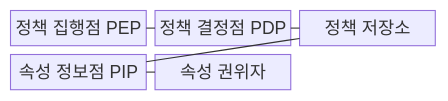
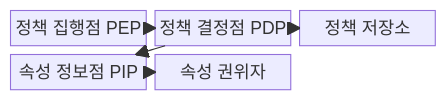
Before and after one commit to agnusdei1207/knowledge-base: the first of 2 diagrams in src/content/docs/notes/05-security/060_abac.md, drawn with Mermaid. The commit also changed other lines of this file and 20 other files, not shown here.

````diff
--- a/src/content/docs/notes/05-security/060_abac.md
+++ b/src/content/docs/notes/05-security/060_abac.md
@@ -60,13 +61,13 @@
 ```mermaid
 block-beta
   columns 3
   A["정책 집행점 PEP"]
   B["정책 결정점 PDP"]
   C["정책 저장소"]
   D["속성 정보점 PIP"]
   E["속성 권위자"]
-    A --- B
-    B --- C
-    C --- D
-    D --- E
+    A --> B
+    B --> C
+    B --> D
+    D --> E
 ```
````
